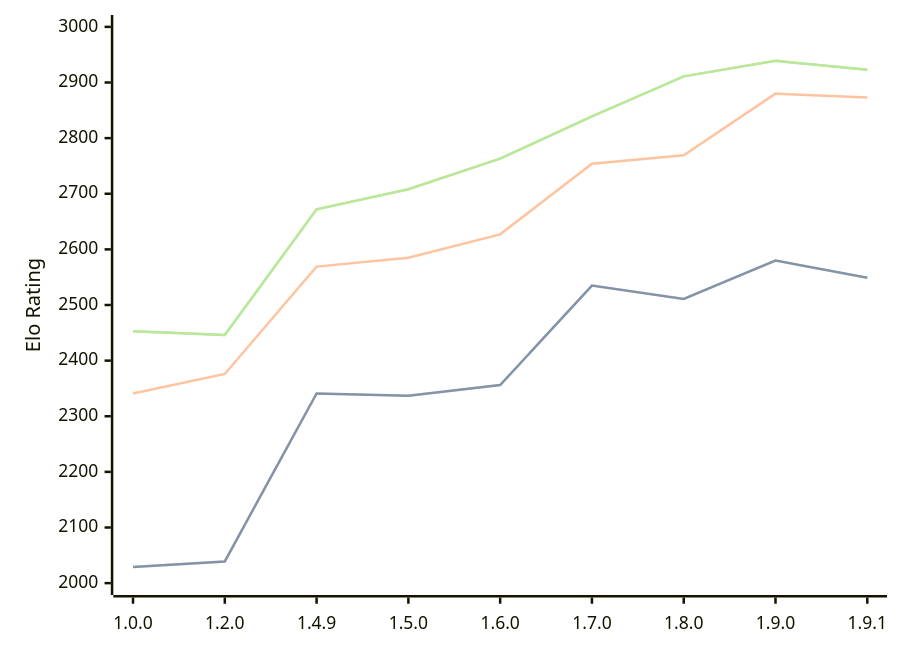
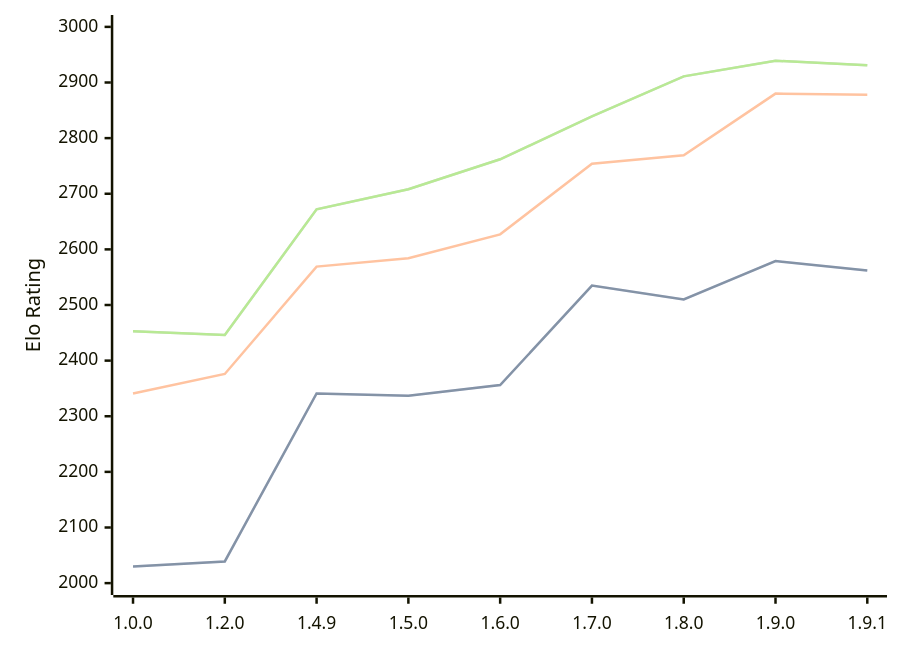
Before and after one commit to computer-chess-index/cci: the diagram in engines/Basilisk.md, drawn with Mermaid. The commit also changed other lines of this file, not shown here.

Commit message:
Update CCI Ratings (ELO VLTC) - 2026-07-28

````diff
--- a/engines/Basilisk.md
+++ b/engines/Basilisk.md
@@ -53,11 +53,11 @@
 ```mermaid
 %%{init: {"theme":"base","themeVariables":{"seriesColors:['#a3a3a3','#222221','#faa371']}}}%%
 xychart-beta
   x-axis ["1.0.0", "1.2.0", "1.4.9", "1.5.0", "1.6.0", "1.7.0", "1.8.0", "1.9.0", "1.9.1"]
   y-axis "Elo Rating" 2000 --> 3000
-  line "STC (8.0+0.08s)" [2029, 2039, 2341, 2337, 2356, 2535, 2511, 2580, 2549]
-  line "STC (8.0+0.08s)" [2029, 2039, 2341, 2337, 2356, 2535, 2511, 2580, 2549]
-  line "LTC (60.0+0.60s)" [2341, 2376, 2569, 2585, 2627, 2754, 2769, 2880, 2873]
-  line "VLTC (2m24s+1.12s)" [2453, 2446, 2672, 2708, 2763, 2839, 2911, 2939, 2923]
-  line "VLTC (2m24s+1.12s)" [2453, 2446, 2672, 2708, 2763, 2839, 2911, 2939, 2923]
+  line "STC (8.0+0.08s)" [2030, 2039, 2341, 2337, 2356, 2535, 2510, 2579, 2562]
+  line "STC (8.0+0.08s)" [2030, 2039, 2341, 2337, 2356, 2535, 2510, 2579, 2562]
+  line "LTC (60.0+0.60s)" [2341, 2376, 2569, 2584, 2627, 2754, 2769, 2880, 2878]
+  line "VLTC (2m24s+1.12s)" [2453, 2446, 2672, 2708, 2762, 2839, 2911, 2939, 2931]
+  line "VLTC (2m24s+1.12s)" [2453, 2446, 2672, 2708, 2762, 2839, 2911, 2939, 2931]
 ```
````
